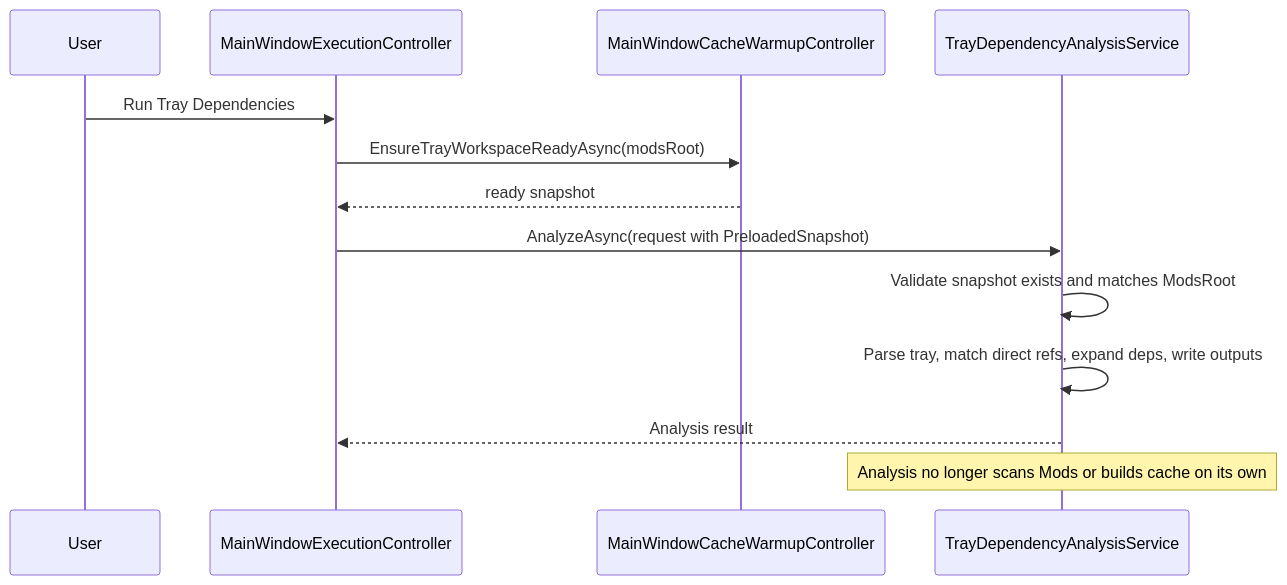
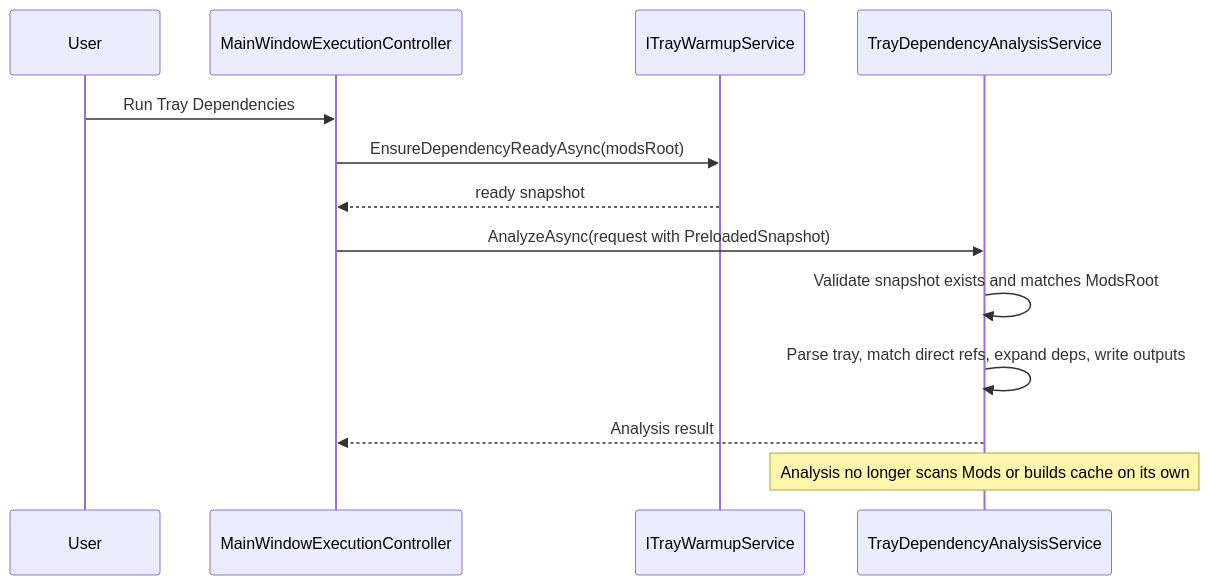
Before and after one commit to Azvf/SimsToolkit: the fifth of 6 diagrams in src/SimsModDesktop/docs/CacheWarmupSequence.md, drawn with Mermaid. The commit also changed other lines of this file and 5 other files, not shown here.

Commit message:
docs: update preview and warmup architecture notes

````diff
--- a/src/SimsModDesktop/docs/CacheWarmupSequence.md
+++ b/src/SimsModDesktop/docs/CacheWarmupSequence.md
@@ -169,18 +174,18 @@
 ```mermaid
 sequenceDiagram
     participant User
     participant ExecCtl as MainWindowExecutionController
-    participant Warmup as MainWindowCacheWarmupController
+    participant Warmup as ITrayWarmupService
     participant AnalyzeSvc as TrayDependencyAnalysisService
 
     User->>ExecCtl: Run Tray Dependencies
-    ExecCtl->>Warmup: EnsureTrayWorkspaceReadyAsync(modsRoot)
+    ExecCtl->>Warmup: EnsureDependencyReadyAsync(modsRoot)
     Warmup-->>ExecCtl: ready snapshot
 
     ExecCtl->>AnalyzeSvc: AnalyzeAsync(request with PreloadedSnapshot)
     AnalyzeSvc->>AnalyzeSvc: Validate snapshot exists and matches ModsRoot
     AnalyzeSvc->>AnalyzeSvc: Parse tray, match direct refs, expand deps, write outputs
     AnalyzeSvc-->>ExecCtl: Analysis result
 
     Note over AnalyzeSvc: Analysis no longer scans Mods or builds cache on its own
 ```
````
